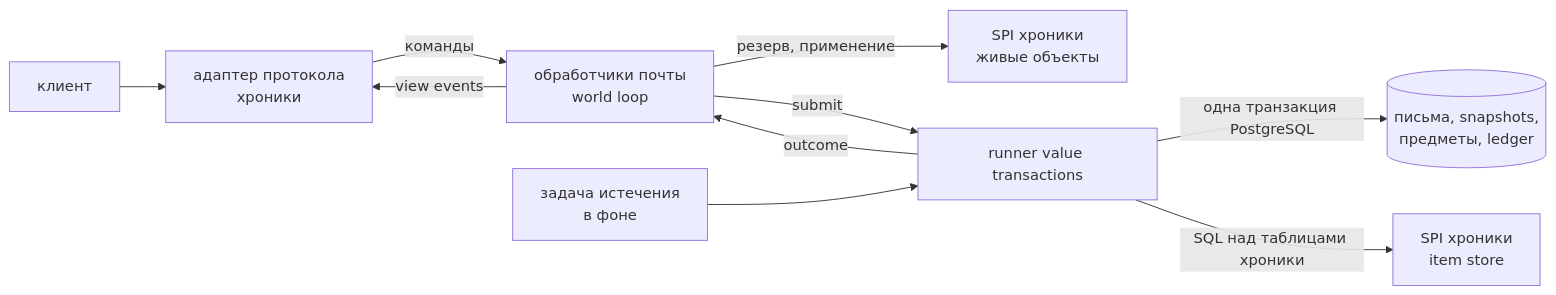
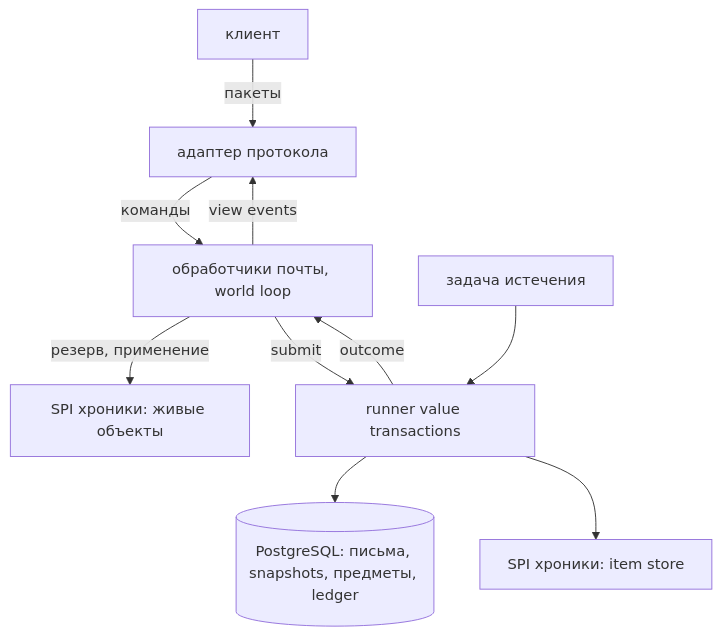
Before and after one commit to l2nx/nx-dev-web: the first of 3 diagrams in src/content/docs/ru/core/features/mail.md, drawn with Mermaid. The commit also changed other lines of this file and 2 other files, not shown here.

Commit message:
docs(core): sync main@1ed0c3874177c58609e73b6b4d617275fe8a1e34

````diff
--- a/src/content/docs/ru/core/features/mail.md
+++ b/src/content/docs/ru/core/features/mail.md
@@ -98,12 +98,12 @@
 ```mermaid
-flowchart LR
-  C[клиент] --> A[адаптер протокола<br/>хроники]
-  A -->|команды| H[обработчики почты<br/>world loop]
-  H -->|резерв, применение| W[SPI хроники<br/>живые объекты]
+flowchart TB
+  C[клиент] -->|пакеты| A[адаптер протокола]
+  A -->|команды| H[обработчики почты, world loop]
+  H -->|view events| A
+  H -->|резерв, применение| W[SPI хроники: живые объекты]
+  E[задача истечения] --> T
   H -->|submit| T[runner value transactions]
-  T -->|одна транзакция PostgreSQL| D[(письма, snapshots,<br/>предметы, ledger)]
-  T -->|SQL над таблицами хроники| S[SPI хроники<br/>item store]
   T -->|outcome| H
-  H -->|view events| A
-  E[задача истечения<br/>в фоне] --> T
+  T --> D[(PostgreSQL: письма, snapshots, предметы, ledger)]
+  T --> S[SPI хроники: item store]
 ```
````
